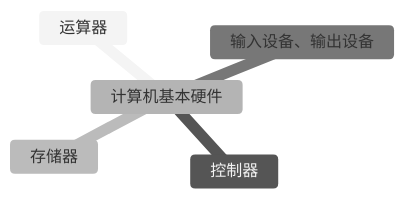
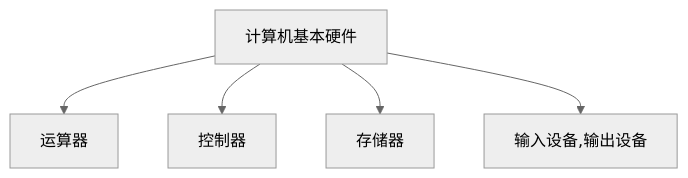
The second of 2 diagrams in exam_config.md (zdylzdyl/zdylzdyl.github.io), drawn with Mermaid (neutral theme) before and after one commit. The commit also changed other lines of this file, not shown here.

Commit message:
计算机硬件基本组成

````diff
--- a/exam_config.md
+++ b/exam_config.md
@@ -36,8 +37,7 @@
-```mermaid
-mindmap
-    计算机基本硬件
-        运算器
-        控制器
-        存储器
-        输入设备、输出设备
-```
+<div class="mermaid">
+graph TD;
+计算机基本硬件 --> 运算器
+计算机基本硬件 --> 控制器
+计算机基本硬件 --> 存储器
+计算机基本硬件 --> 输入设备,输出设备
+</div>
````
